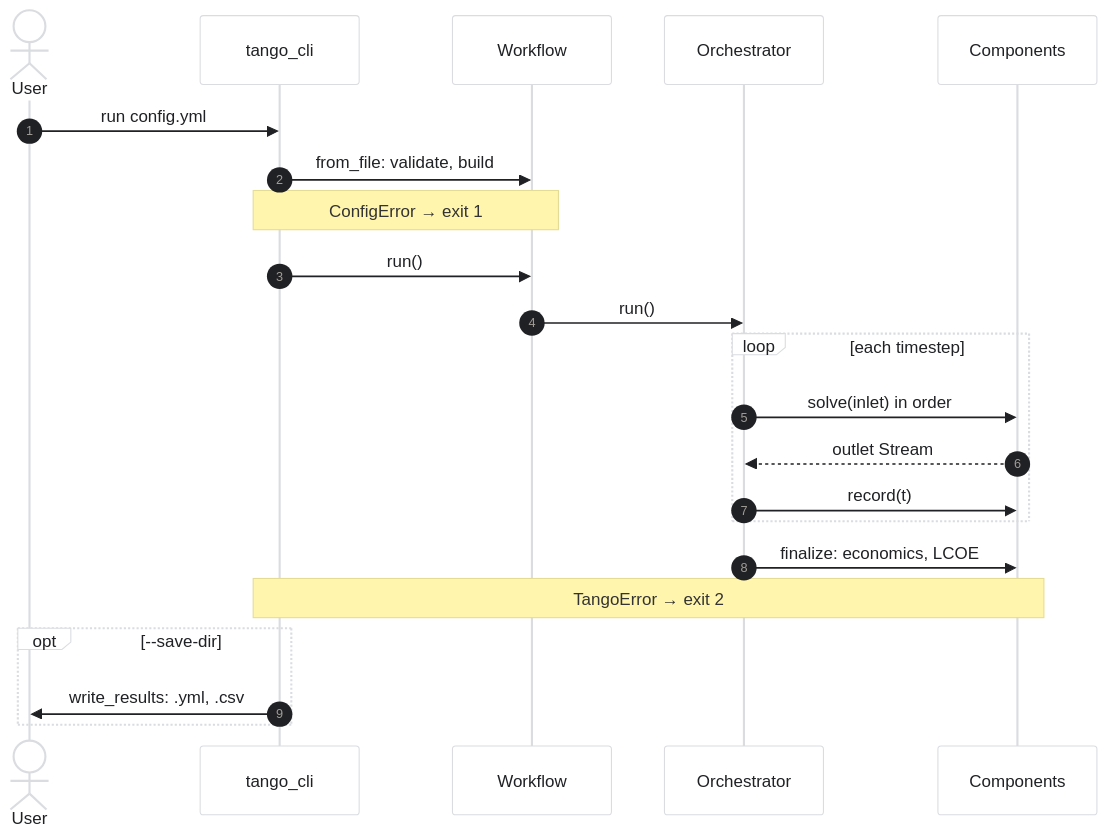
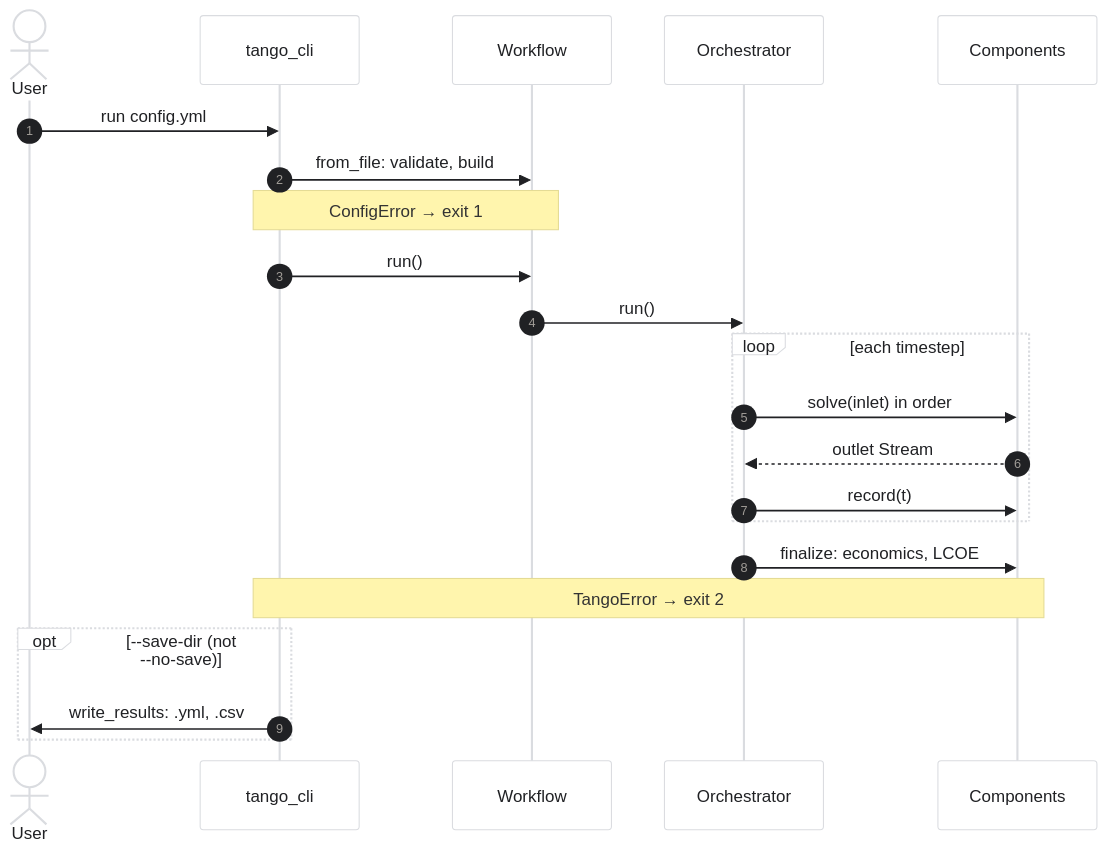
The diagram in docs/runtime/one-run.md (GEG-ETHZ/TANGO-core), drawn with Mermaid before and after one commit. The commit also changed other lines of this file and 65 other files, not shown here.

````diff
--- a/docs/runtime/one-run.md
+++ b/docs/runtime/one-run.md
@@ -5,26 +5,26 @@
 ```mermaid
 %%{init: {"theme":"base","themeVariables":{"primaryColor":"#FFFFFF","primaryTextColor":"#202124","primaryBorderColor":"#DADCE0","lineColor":"#5F6368","secondaryColor":"#F8F9FA","tertiaryColor":"#F8F9FA","clusterBkg":"#F8F9FA","clusterBorder":"#DADCE0","edgeLabelBackground":"#FFFFFF"},"flowchart":{"curve":"basis","nodeSpacing":40,"rankSpacing":64,"useMaxWidth":true}} }%%
 sequenceDiagram
   autonumber
   actor U as User
   participant CLI as tango_cli
   participant WF as Workflow
   participant OR as Orchestrator
   participant C as Components
 
   U->>CLI: run config.yml
   CLI->>WF: from_file: validate, build
   Note over CLI,WF: ConfigError → exit 1
   CLI->>WF: run()
   WF->>OR: run()
   loop each timestep
     OR->>C: solve(inlet) in order
     C-->>OR: outlet Stream
     OR->>C: record(t)
   end
   OR->>C: finalize: economics, LCOE
   Note over CLI,C: TangoError → exit 2
-  opt --save-dir
+  opt --save-dir (not --no-save)
     CLI->>U: write_results: .yml, .csv
   end
 ```
````
